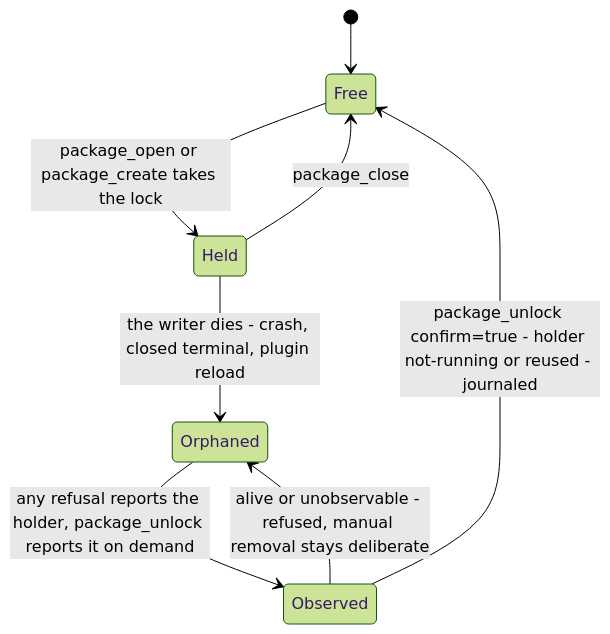
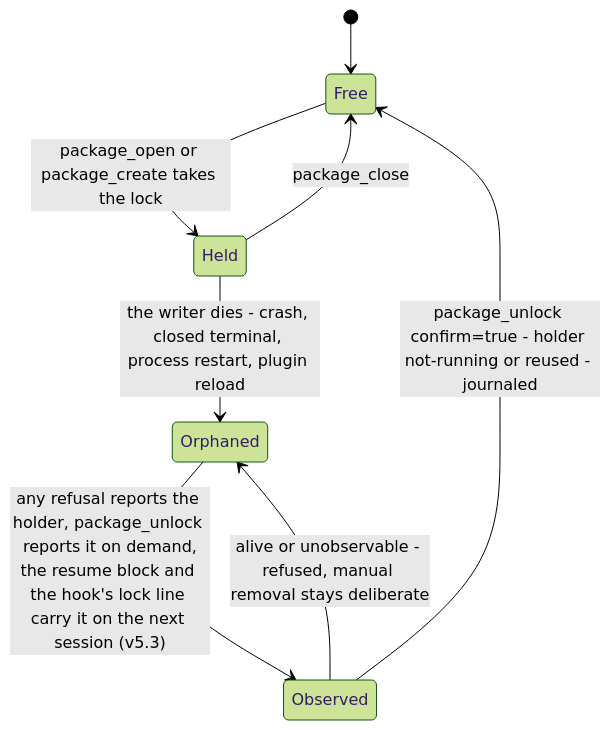
One commit to A-H-911/tamheed changed the fifth of 5 diagrams in docs/architecture.md. Above: the diagram before and after it, drawn with Mermaid (forest theme). The commit also changed other lines of this file and 11 other files, not shown here.

````diff
--- a/docs/architecture.md
+++ b/docs/architecture.md
@@ -323,10 +332,10 @@
 ```mermaid
 stateDiagram-v2
     [*] --> Free
     Free --> Held : package_open or package_create takes the lock
     Held --> Free : package_close
-    Held --> Orphaned : the writer dies - crash, closed terminal, plugin reload
-    Orphaned --> Observed : any refusal reports the holder, package_unlock reports it on demand
+    Held --> Orphaned : the writer dies - crash, closed terminal, process restart, plugin reload
+    Orphaned --> Observed : any refusal reports the holder, package_unlock reports it on demand,<br/>the resume block and the hook's lock line carry it on the next session (v5.3)
     Observed --> Free : package_unlock confirm=true - holder not-running or reused - journaled
     Observed --> Orphaned : alive or unobservable - refused, manual removal stays deliberate
 ```
````
